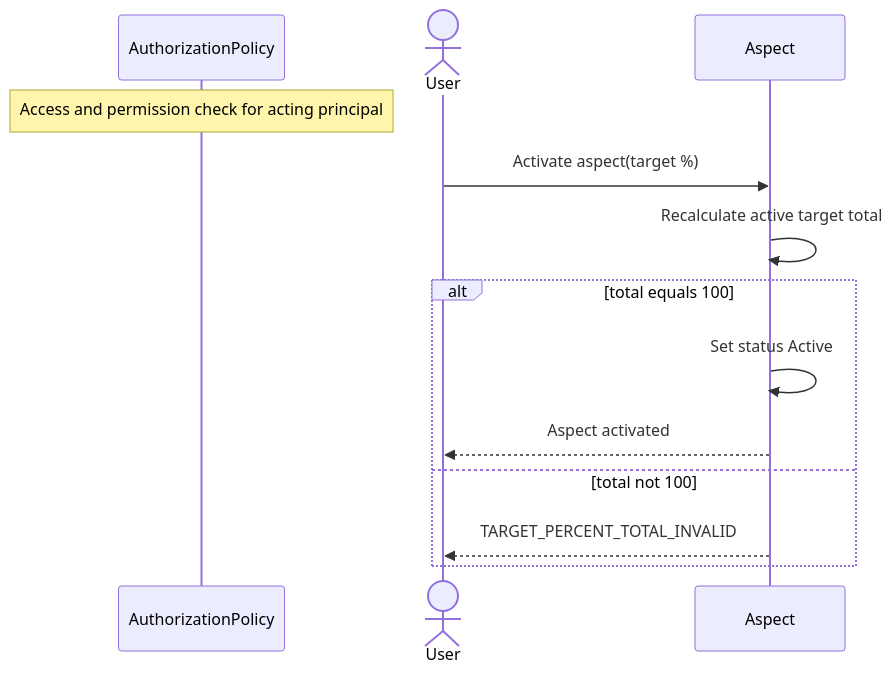
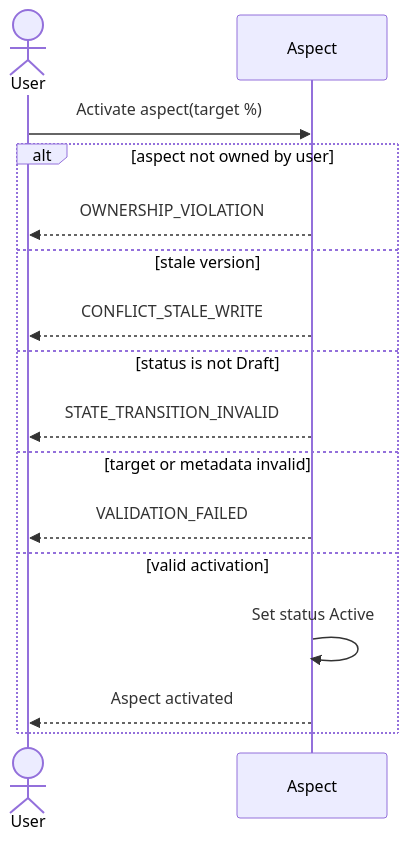
Before and after one commit to ChidiRnweke/margin: the second of 13 diagrams in architecture/sequence-diagrams/02-aspects-milestones.md, drawn with Mermaid. The commit also changed other lines of this file and 12 other files, not shown here.

Commit message:
Enhance sequence diagrams and introduce traceability matrix

````diff
--- a/architecture/sequence-diagrams/02-aspects-milestones.md
+++ b/architecture/sequence-diagrams/02-aspects-milestones.md
@@ -20,15 +26,18 @@
 ```mermaid
 sequenceDiagram
-    participant G as AuthorizationPolicy
-    Note over G: Access and permission check for acting principal
     actor U as User
     participant A as Aspect
     U->>A: Activate aspect(target %)
-    A->>A: Recalculate active target total
-    alt total equals 100
-      A->>A: Set status Active
-      A-->>U: Aspect activated
-    else total not 100
-      A-->>U: TARGET_PERCENT_TOTAL_INVALID
+    alt aspect not owned by user
+        A-->>U: OWNERSHIP_VIOLATION
+    else stale version
+        A-->>U: CONFLICT_STALE_WRITE
+    else status is not Draft
+        A-->>U: STATE_TRANSITION_INVALID
+    else target or metadata invalid
+        A-->>U: VALIDATION_FAILED
+    else valid activation
+        A->>A: Set status Active
+        A-->>U: Aspect activated
     end
 ```
````
